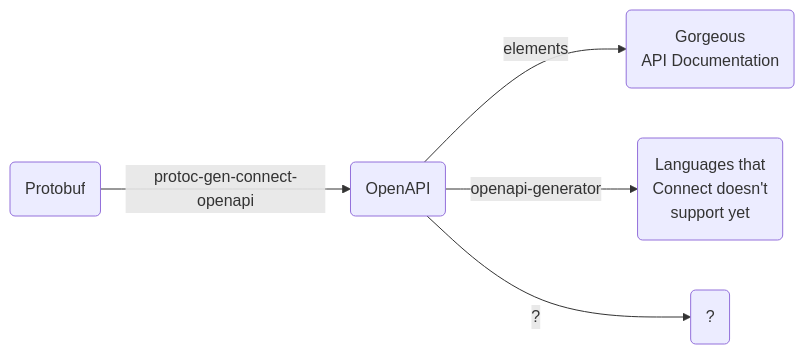
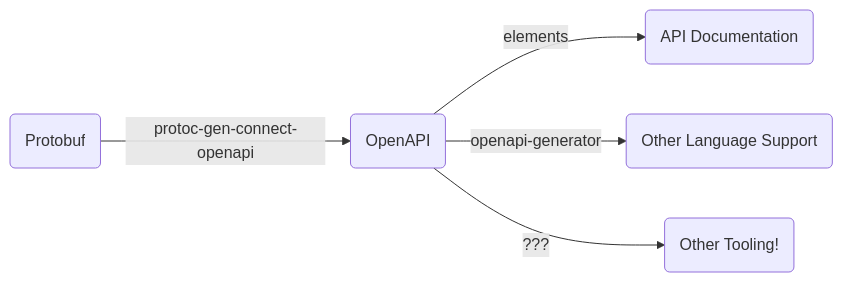
The diagram in README.md (sudorandom/protoc-gen-connect-openapi), drawn with Mermaid before and after one commit.

````diff
--- a/README.md
+++ b/README.md
@@ -23,10 +23,10 @@
 ```mermaid
 flowchart LR
 
 protobuf(Protobuf) -->|protoc-gen-connect-openapi| openapi(OpenAPI)
-openapi -->|elements| elements(Gorgeous\nAPI Documentation)
-openapi -->|openapi-generator| other-languages(Languages that\nConnect doesn't\n support yet)
-openapi -->|?| ???(?)
+openapi -->|elements| elements(API Documentation)
+openapi -->|openapi-generator| other-languages(Other Language Support)
+openapi -->|???| ???(Other Tooling!)
 click elements "https://github.com/stoplightio/elements" _blank
 click openapi-generator "https://github.com/OpenAPITools/openapi-generator" _blank
 ```
````
